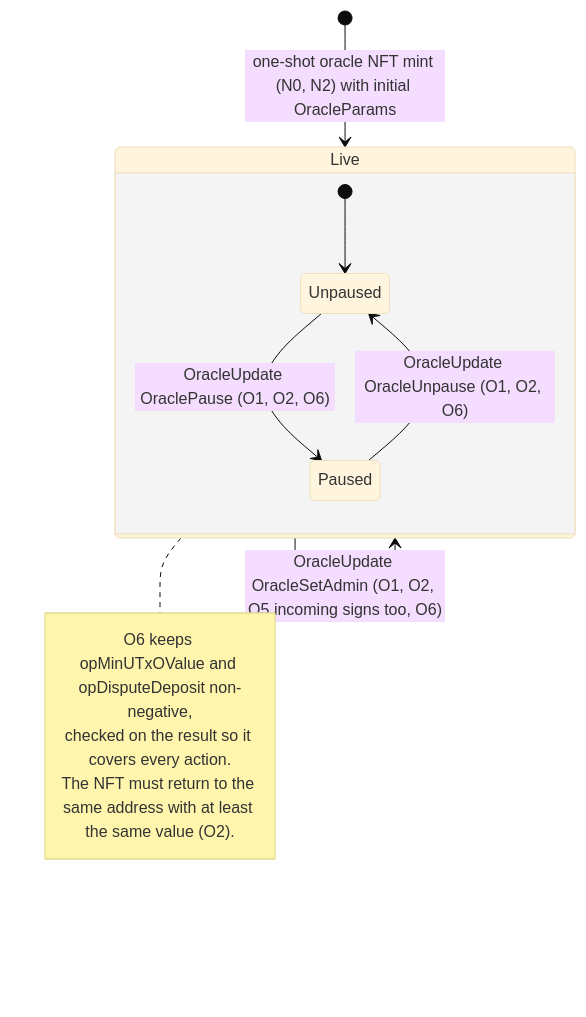
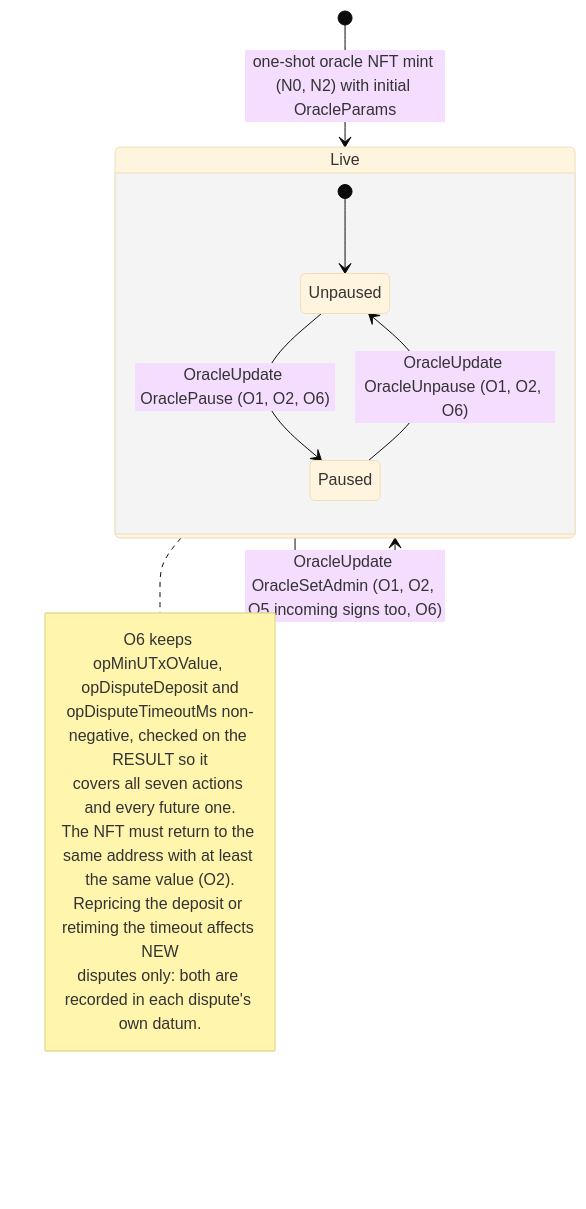
One commit to en7angled/palmares changed the tenth of 13 diagrams in docs/architecture/onchain-flows.md. Above: the diagram before and after it, drawn with Mermaid (base theme). The commit also changed other lines of this file and 18 other files, not shown here.

````diff
--- a/docs/architecture/onchain-flows.md
+++ b/docs/architecture/onchain-flows.md
@@ -572,16 +747,19 @@
 ```mermaid
 stateDiagram-v2
   [*] --> Live : one-shot oracle NFT mint (N0, N2) with initial OracleParams
   state Live {
     [*] --> Unpaused
     Unpaused --> Paused : OracleUpdate OraclePause (O1, O2, O6)
     Paused --> Unpaused : OracleUpdate OracleUnpause (O1, O2, O6)
   }
-  Live --> Live : OracleUpdate OracleSetFees, OracleSetMinUTxOValue, OracleSetDisputeDeposit (O1, O2, O6)
+  Live --> Live : OracleUpdate OracleSetFees, OracleSetMinUTxOValue, OracleSetDisputeDeposit, OracleSetDisputeTimeout (O1, O2, O6)
   Live --> Live : OracleUpdate OracleSetAdmin (O1, O2, O5 incoming signs too, O6)
   note right of Live
-    O6 keeps opMinUTxOValue and opDisputeDeposit non-negative,
-    checked on the result so it covers every action.
+    O6 keeps opMinUTxOValue, opDisputeDeposit and
+    opDisputeTimeoutMs non-negative, checked on the RESULT so it
+    covers all seven actions and every future one.
     The NFT must return to the same address with at least the same value (O2).
+    Repricing the deposit or retiming the timeout affects NEW
+    disputes only: both are recorded in each dispute's own datum.
   end note
 ```
````
